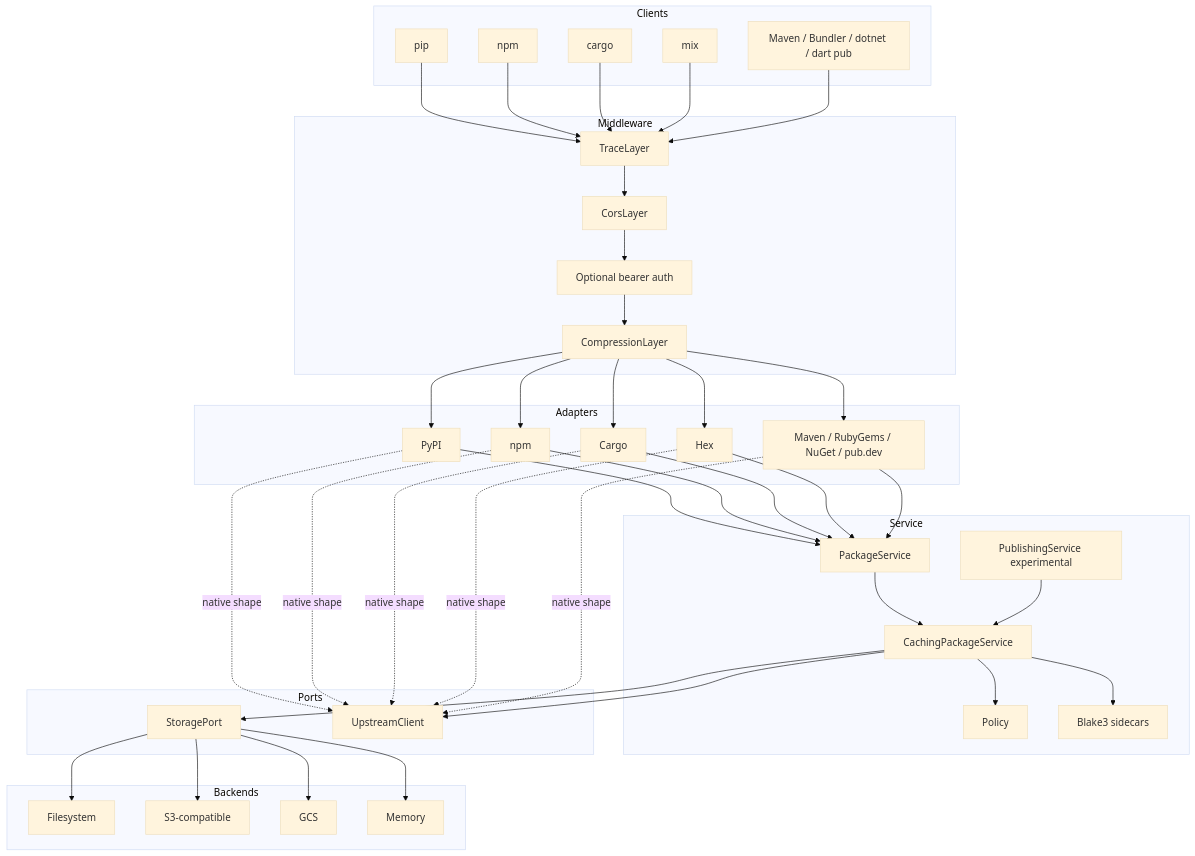
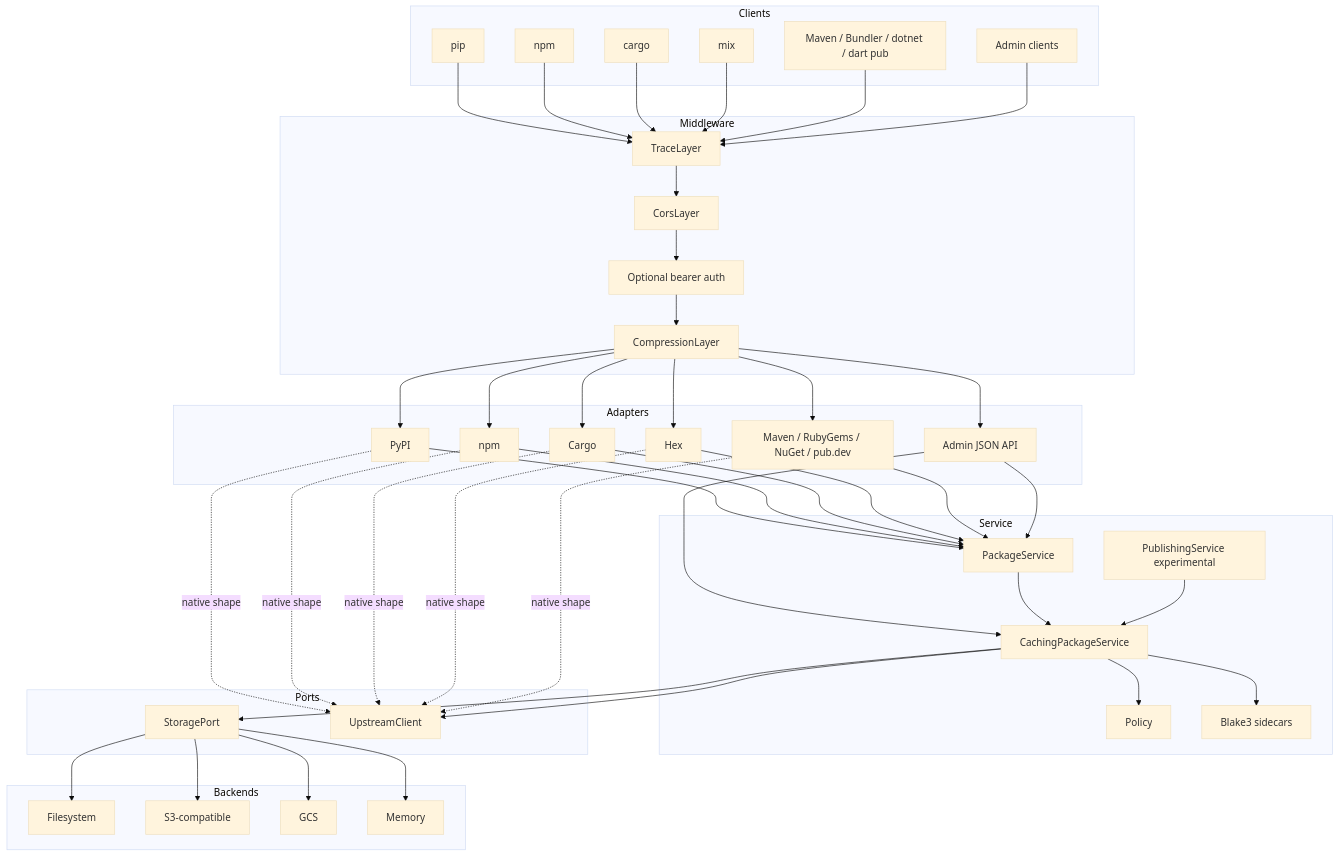
Before and after one commit to Goldziher/starmetal: the first of 3 diagrams in docs/architecture.md, drawn with Mermaid (base theme). The commit also changed other lines of this file and 18 other files, not shown here.

```diff
--- a/docs/architecture.md
+++ b/docs/architecture.md
@@ -24,6 +25,7 @@
         cargo_cli[cargo]
         mix[mix]
         extra_clients[Maven / Bundler / dotnet / dart pub]
+        admin_client[Admin clients]
     end
 
     subgraph Middleware
@@ -39,6 +41,7 @@
         cargo[Cargo]
         hex[Hex]
         extra[Maven / RubyGems / NuGet / pub.dev]
+        admin[Admin JSON API]
     end
 
     subgraph Service
@@ -66,6 +69,7 @@
     cargo_cli --> trace
     mix --> trace
     extra_clients --> trace
+    admin_client --> trace
 
     trace --> cors --> auth --> compress
 
@@ -74,12 +78,15 @@
     compress --> cargo
     compress --> hex
     compress --> extra
+    compress --> admin
 
     pypi --> package_service
     npm --> package_service
     cargo --> package_service
     hex --> package_service
     extra --> package_service
+    admin --> package_service
+    admin --> caching
 
     pypi -. native shape .-> upstreams
     npm -. native shape .-> upstreams
```
